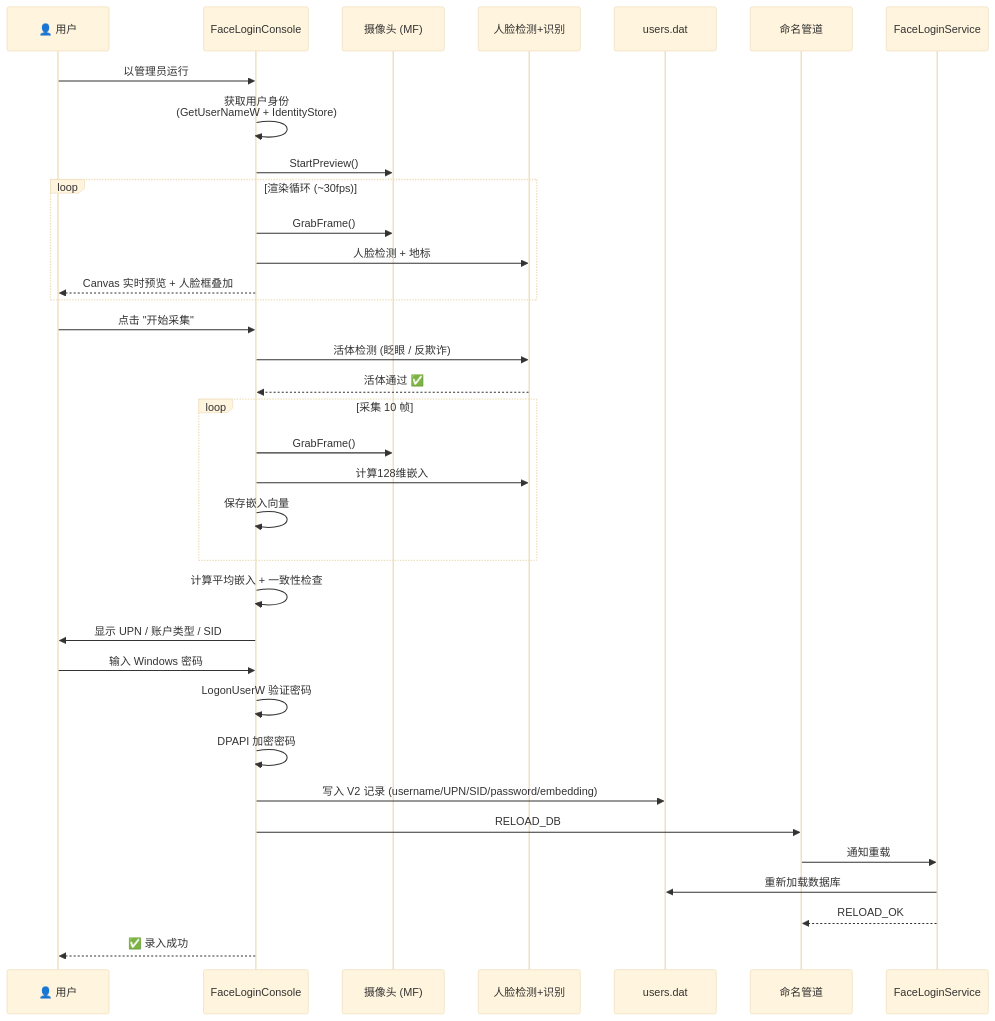
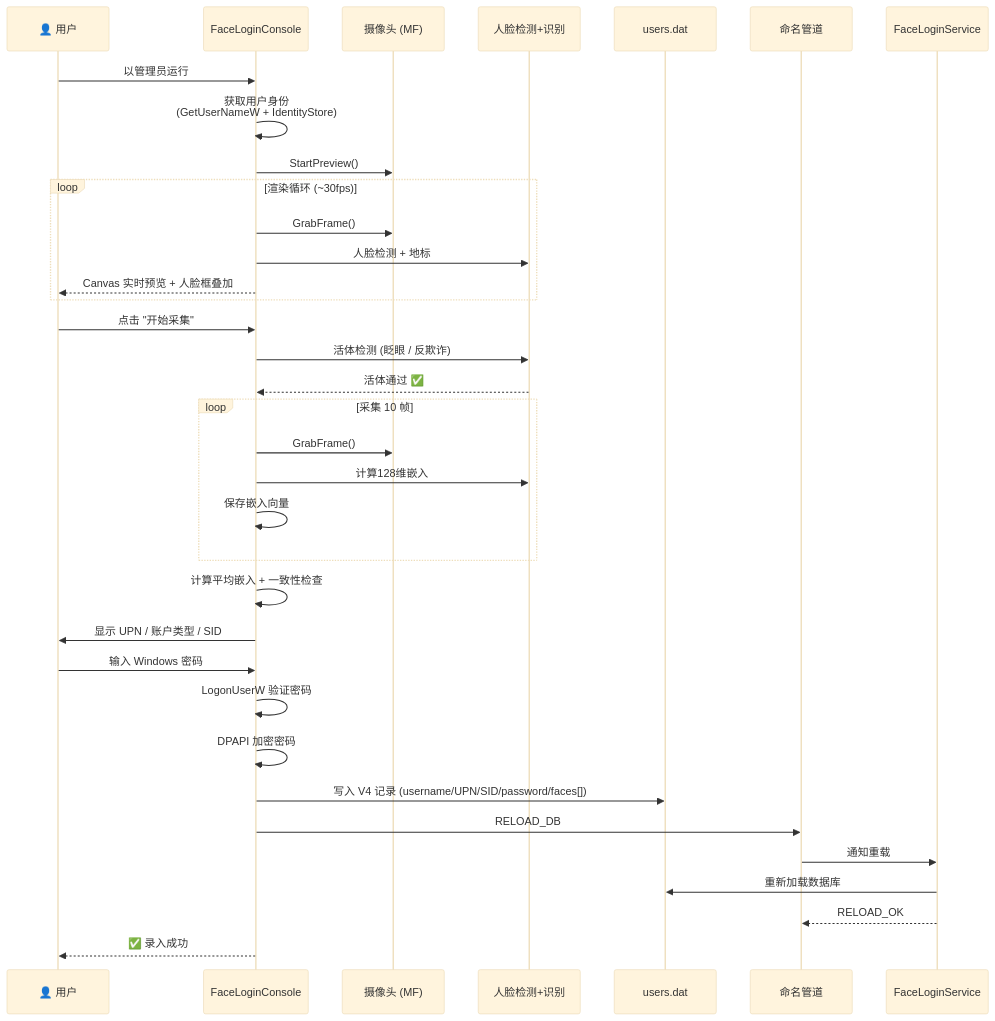
One commit to EthanZer0/FaceLogin changed the third of 3 diagrams in DEVELOPMENT.md. Above: the diagram before and after it, drawn with Mermaid (base theme). The commit also changed other lines of this file and 6 other files, not shown here.

````diff
--- a/DEVELOPMENT.md
+++ b/DEVELOPMENT.md
@@ -214,38 +214,38 @@
 ```mermaid
 sequenceDiagram
     participant User as 👤 用户
     participant App as FaceLoginConsole
     participant Cam as 摄像头 (MF)
     participant Detector as 人脸检测+识别
     participant Store as users.dat
     participant Pipe as 命名管道
     participant Svc as FaceLoginService
 
     User->>App: 以管理员运行
     App->>App: 获取用户身份<br/>(GetUserNameW + IdentityStore)
     App->>Cam: StartPreview()
     loop 渲染循环 (~30fps)
         App->>Cam: GrabFrame()
         App->>Detector: 人脸检测 + 地标
         App-->>User: Canvas 实时预览 + 人脸框叠加
     end
     User->>App: 点击 "开始采集"
     App->>Detector: 活体检测 (眨眼 / 反欺诈)
     Detector-->>App: 活体通过 ✅
     loop 采集 10 帧
         App->>Cam: GrabFrame()
         App->>Detector: 计算128维嵌入
         App->>App: 保存嵌入向量
     end
     App->>App: 计算平均嵌入 + 一致性检查
     App->>User: 显示 UPN / 账户类型 / SID
     User->>App: 输入 Windows 密码
     App->>App: LogonUserW 验证密码
     App->>App: DPAPI 加密密码
-    App->>Store: 写入 V2 记录 (username/UPN/SID/password/embedding)
+    App->>Store: 写入 V4 记录 (username/UPN/SID/password/faces[])
     App->>Pipe: RELOAD_DB
     Pipe->>Svc: 通知重载
     Svc->>Store: 重新加载数据库
     Svc-->>Pipe: RELOAD_OK
     App-->>User: ✅ 录入成功
 ```
````
